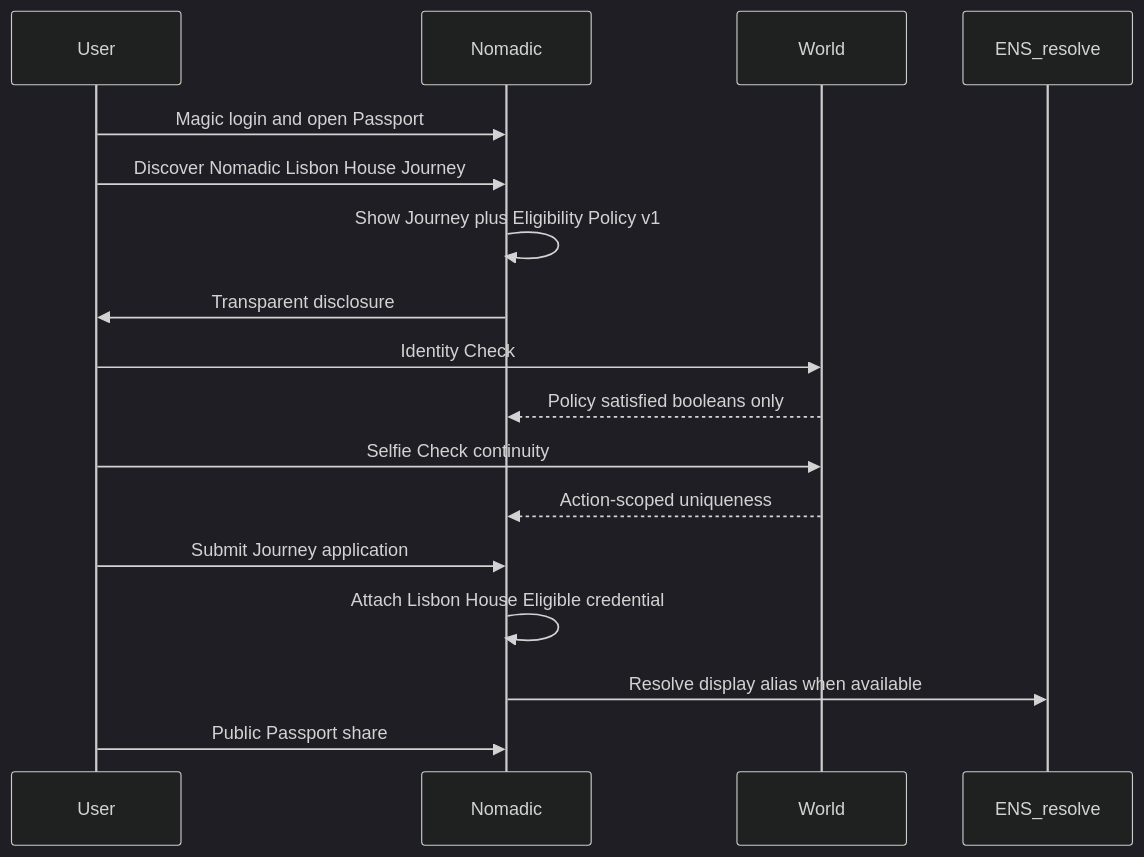
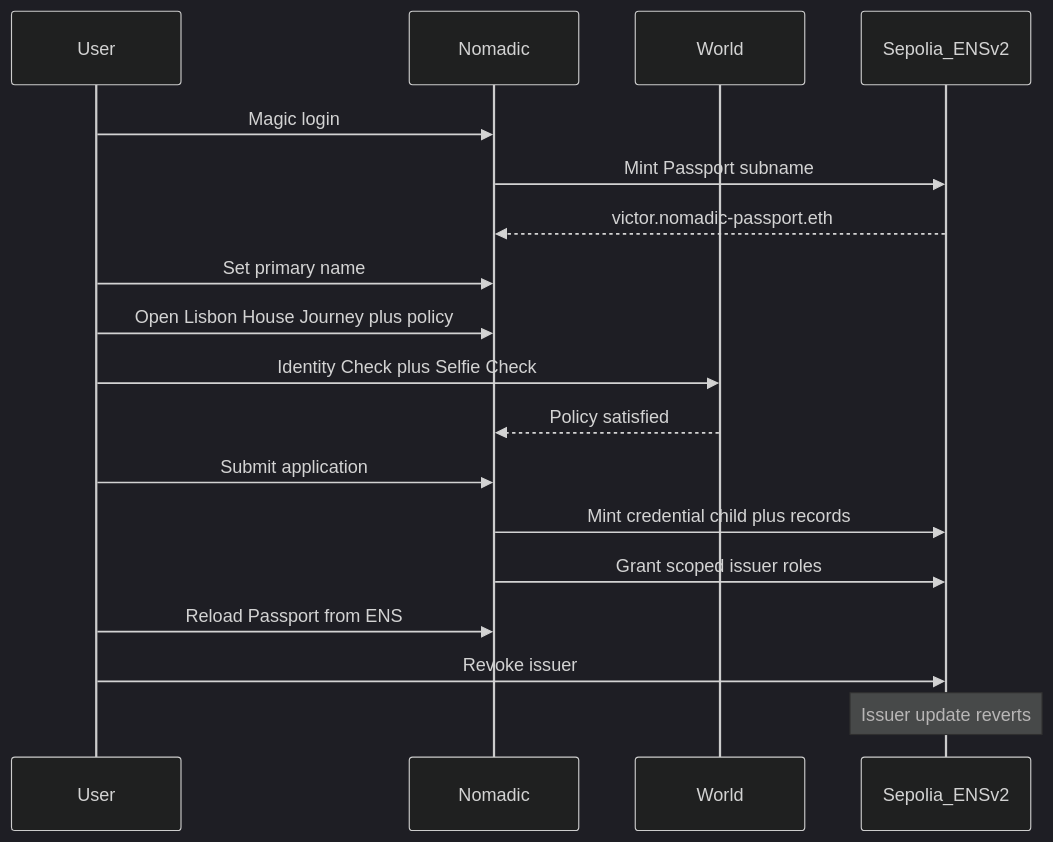
Before and after one commit to Nomadic-Accelerationism/nomadic-front: the diagram in docs/LISBON_MVP.md, drawn with Mermaid (dark theme). The commit also changed other lines of this file and 11 other files, not shown here.

First line of the commit message:
docs: lock Sepolia ENSv2 as Lisbon Passport issuance path

````diff
--- a/docs/LISBON_MVP.md
+++ b/docs/LISBON_MVP.md
@@ -123,20 +127,21 @@
 ```mermaid
 sequenceDiagram
   participant User
   participant App as Nomadic
   participant World as World
-  participant ENS as ENS_resolve
+  participant ENS as Sepolia_ENSv2
 
-  User->>App: Magic login and open Passport
-  User->>App: Discover Nomadic Lisbon House Journey
-  App->>App: Show Journey plus Eligibility Policy v1
-  App->>User: Transparent disclosure
-  User->>World: Identity Check
-  World-->>App: Policy satisfied booleans only
-  User->>World: Selfie Check continuity
-  World-->>App: Action-scoped uniqueness
-  User->>App: Submit Journey application
-  App->>App: Attach Lisbon House Eligible credential
-  App->>ENS: Resolve display alias when available
-  User->>App: Public Passport share
+  User->>App: Magic login
+  App->>ENS: Mint Passport subname
+  ENS-->>App: victor.nomadic-passport.eth
+  User->>App: Set primary name
+  User->>App: Open Lisbon House Journey plus policy
+  User->>World: Identity Check plus Selfie Check
+  World-->>App: Policy satisfied
+  User->>App: Submit application
+  App->>ENS: Mint credential child plus records
+  App->>ENS: Grant scoped issuer roles
+  User->>App: Reload Passport from ENS
+  User->>ENS: Revoke issuer
+  Note over ENS: Issuer update reverts
 ```
````
